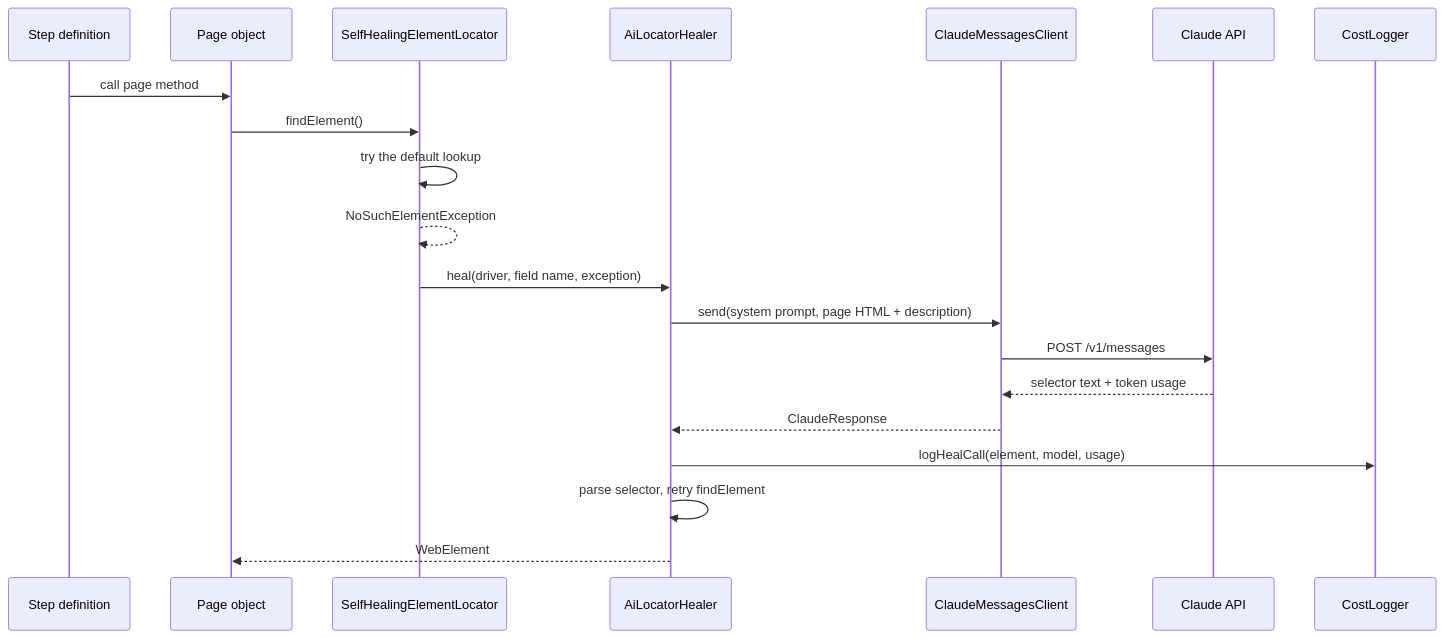
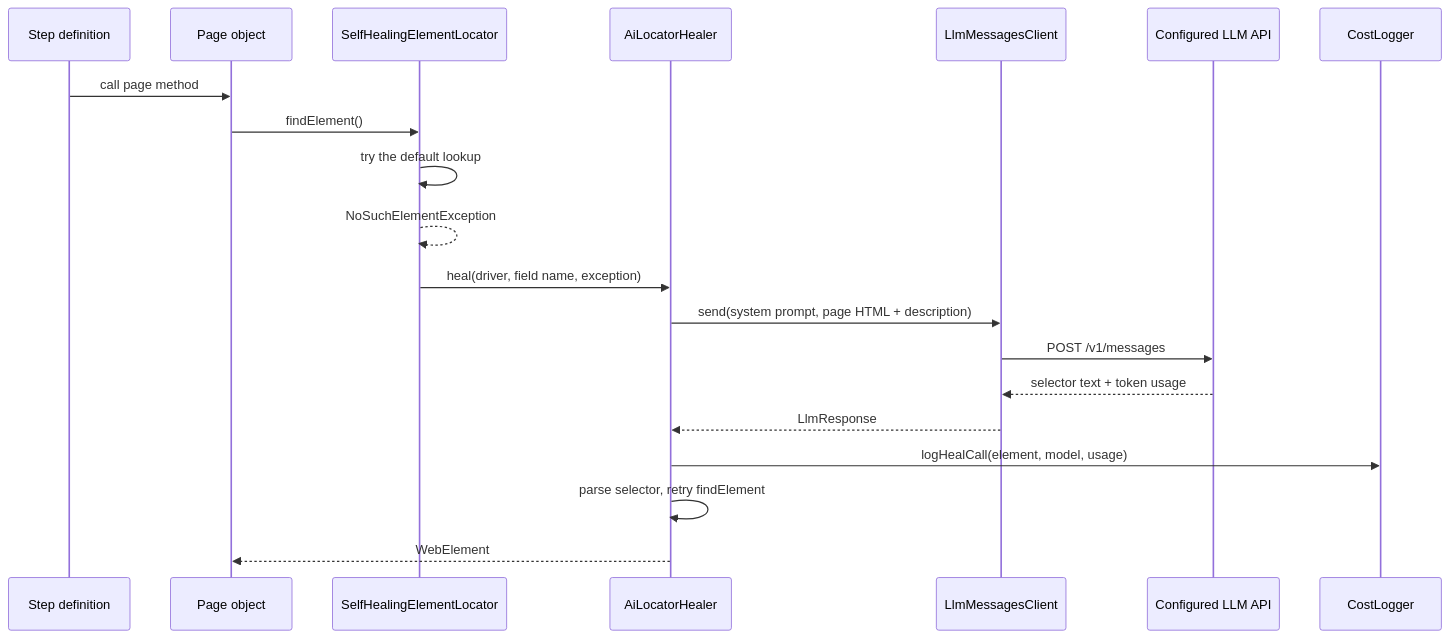
One commit to veeresh-bikkaneti/cucumberBDDParallel changed the second of 2 diagrams in PLAYBOOK.md. Above: the diagram before and after it, drawn with Mermaid. The commit also changed other lines of this file and 12 other files, not shown here.

````diff
--- a/PLAYBOOK.md
+++ b/PLAYBOOK.md
@@ -153,23 +154,23 @@
 ```mermaid
 sequenceDiagram
     participant Step as Step definition
     participant Page as Page object
     participant Locator as SelfHealingElementLocator
     participant Healer as AiLocatorHealer
-    participant Client as ClaudeMessagesClient
-    participant API as Claude API
+    participant Client as LlmMessagesClient
+    participant API as Configured LLM API
     participant Cost as CostLogger
 
     Step->>Page: call page method
     Page->>Locator: findElement()
     Locator->>Locator: try the default lookup
     Locator-->>Locator: NoSuchElementException
     Locator->>Healer: heal(driver, field name, exception)
     Healer->>Client: send(system prompt, page HTML + description)
     Client->>API: POST /v1/messages
     API-->>Client: selector text + token usage
-    Client-->>Healer: ClaudeResponse
+    Client-->>Healer: LlmResponse
     Healer->>Cost: logHealCall(element, model, usage)
     Healer->>Healer: parse selector, retry findElement
     Healer-->>Page: WebElement
 ```
````
